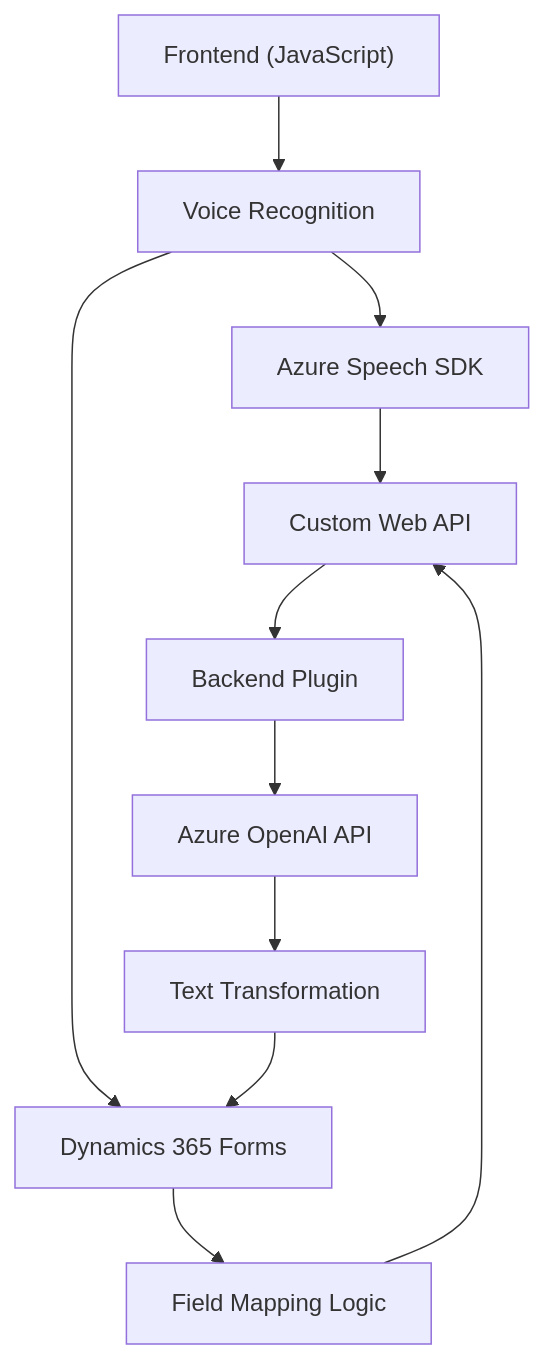
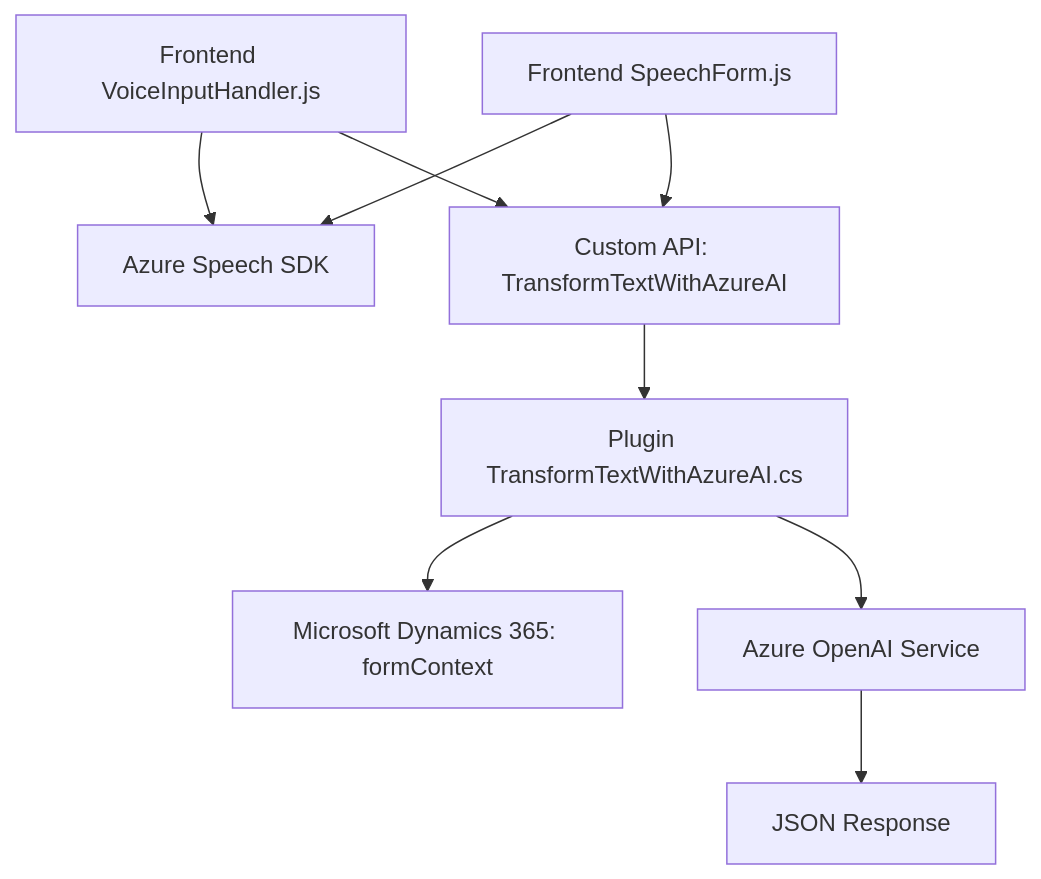
The diagram in README.md (blopezdm/NETCORE_BILBAO2025), drawn with Mermaid before and after one commit. The commit also changed other lines of this file, not shown here.

````diff
--- a/README.md
+++ b/README.md
@@ -60,13 +59,11 @@
 ```mermaid
 graph TD
-    A["Frontend (JavaScript)"] --> B["Voice Recognition"]
-    B --> C["Azure Speech SDK"]
-    B --> D["Dynamics 365 Forms"]
-    D --> E["Field Mapping Logic"]
-    E --> F["Custom Web API"]
-    F --> G["Backend Plugin"]
-    G --> H["Azure OpenAI API"]
-    H --> I["Text Transformation"]
-    I --> D
-    C --> F
+    B["Frontend VoiceInputHandler.js"] --> D["Azure Speech SDK"]
+    C["Frontend SpeechForm.js"] --> D
+    C --> E["Custom API: TransformTextWithAzureAI"]
+    B --> E
+    E --> F["Plugin TransformTextWithAzureAI.cs"]
+    F --> G["Microsoft Dynamics 365: formContext"]
+    F --> H["Azure OpenAI Service"]
+    H --> I["JSON Response"]
 ```
````
